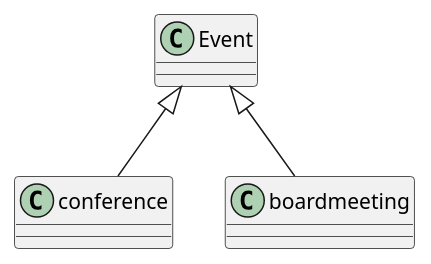
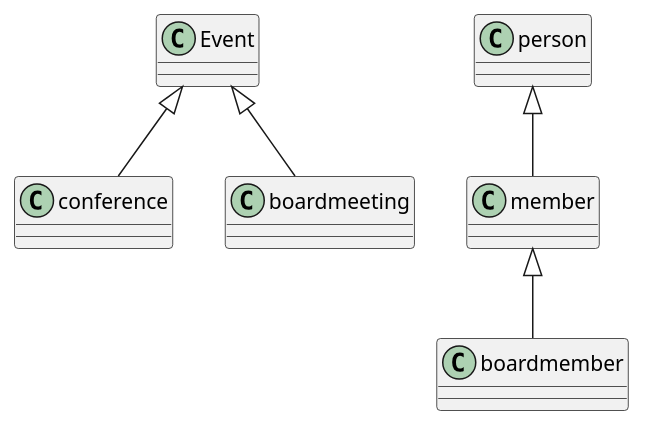
The diagram in src/ejercicioplant.puml (jorgealll/UMLClasesJorge), drawn with PlantUML before and after one commit. The commit also changed 1 other file, not shown here.

```diff
--- a/src/ejercicioplant.puml
+++ b/src/ejercicioplant.puml
@@ -1,9 +1,15 @@
 @startuml
 'https://plantuml.com/sequence-diagram
 
 class Event
 class conference
 class boardmeeting
 Event <|-- conference
 Event <|-- boardmeeting
+
+class person
+class member
+class boardmember
+person <|-- member
+member <|-- boardmember
 @enduml
```
